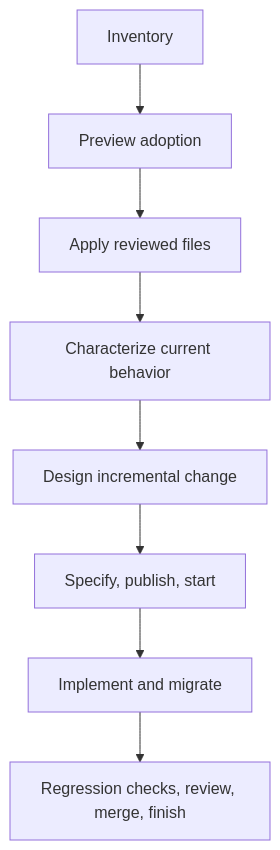
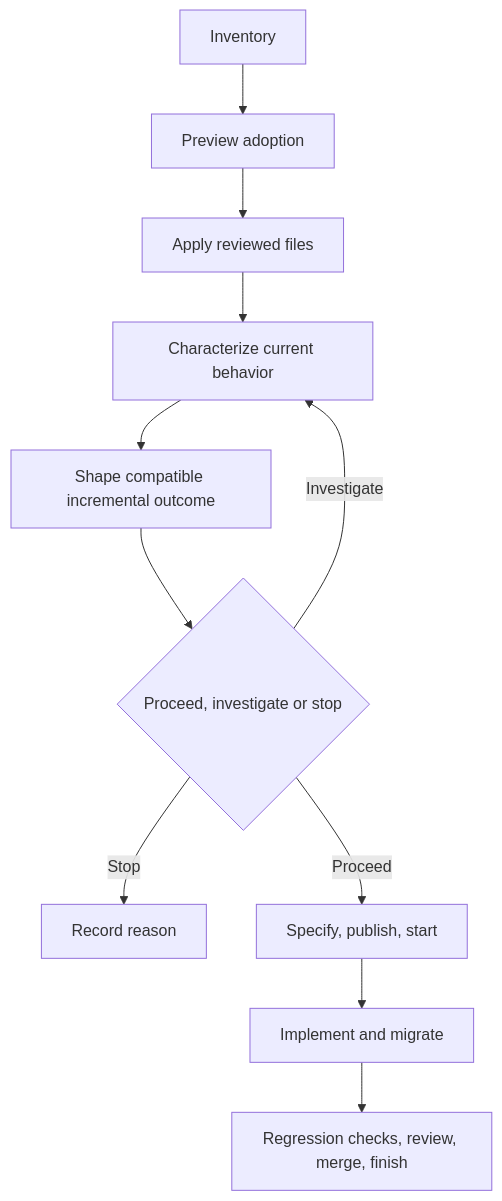
One commit to Sean-Koval/ai-dlc changed the diagram in project-templates/project/docs/workflows/brownfield.md. Above: the diagram before and after it, drawn with Mermaid. The commit also changed other lines of this file and 39 other files, not shown here.

````diff
--- a/project-templates/project/docs/workflows/brownfield.md
+++ b/project-templates/project/docs/workflows/brownfield.md
@@ -9,10 +9,13 @@
 ```mermaid
 flowchart TD
     I[Inventory] --> P[Preview adoption]
     P --> A[Apply reviewed files]
     A --> C[Characterize current behavior]
-    C --> D[Design incremental change]
-    D --> S[Specify, publish, start]
+    C --> D[Shape compatible incremental outcome]
+    D --> J{Proceed, investigate or stop}
+    J -->|Investigate| C
+    J -->|Stop| X[Record reason]
+    J -->|Proceed| S[Specify, publish, start]
     S --> M[Implement and migrate]
     M --> V[Regression checks, review, merge, finish]
 ```
````
